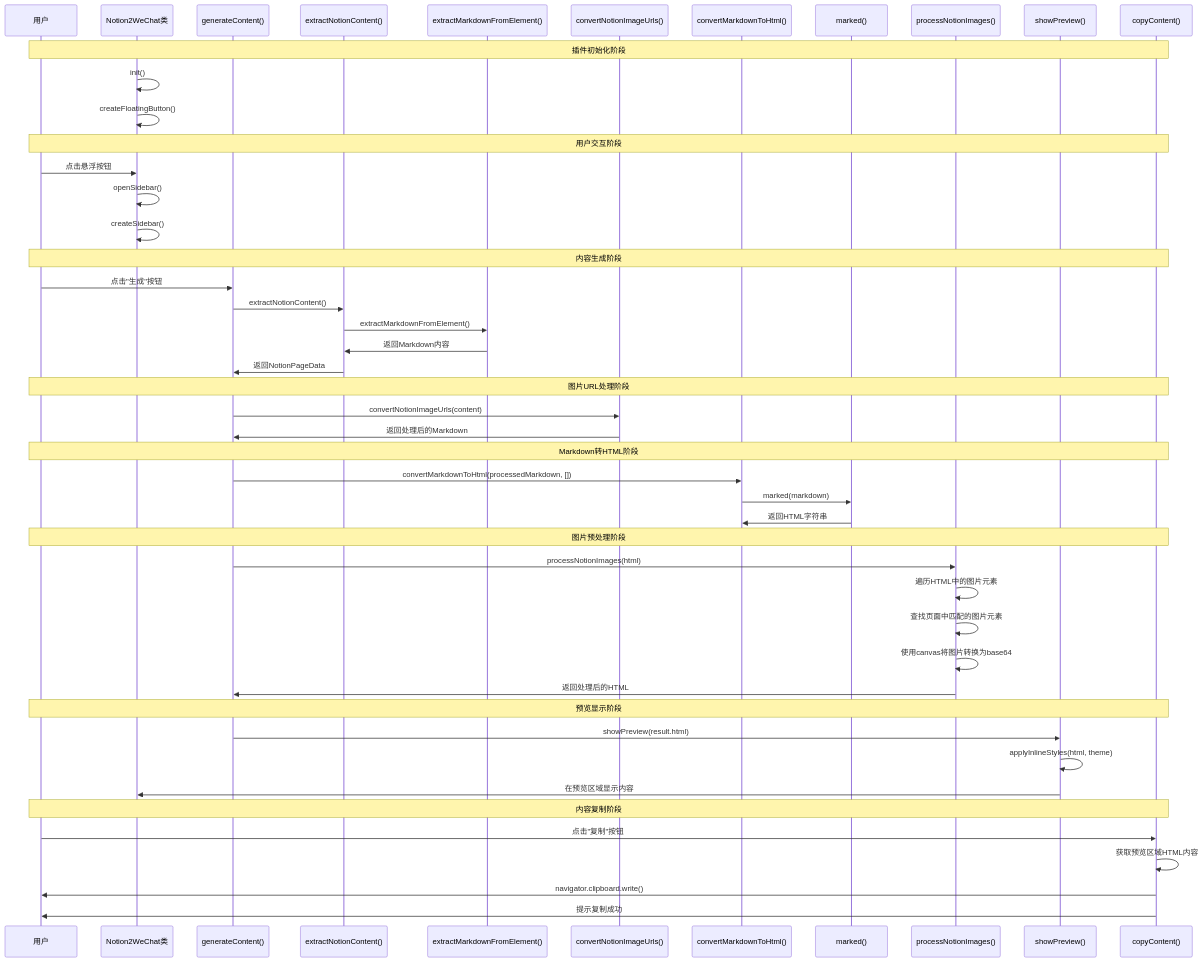
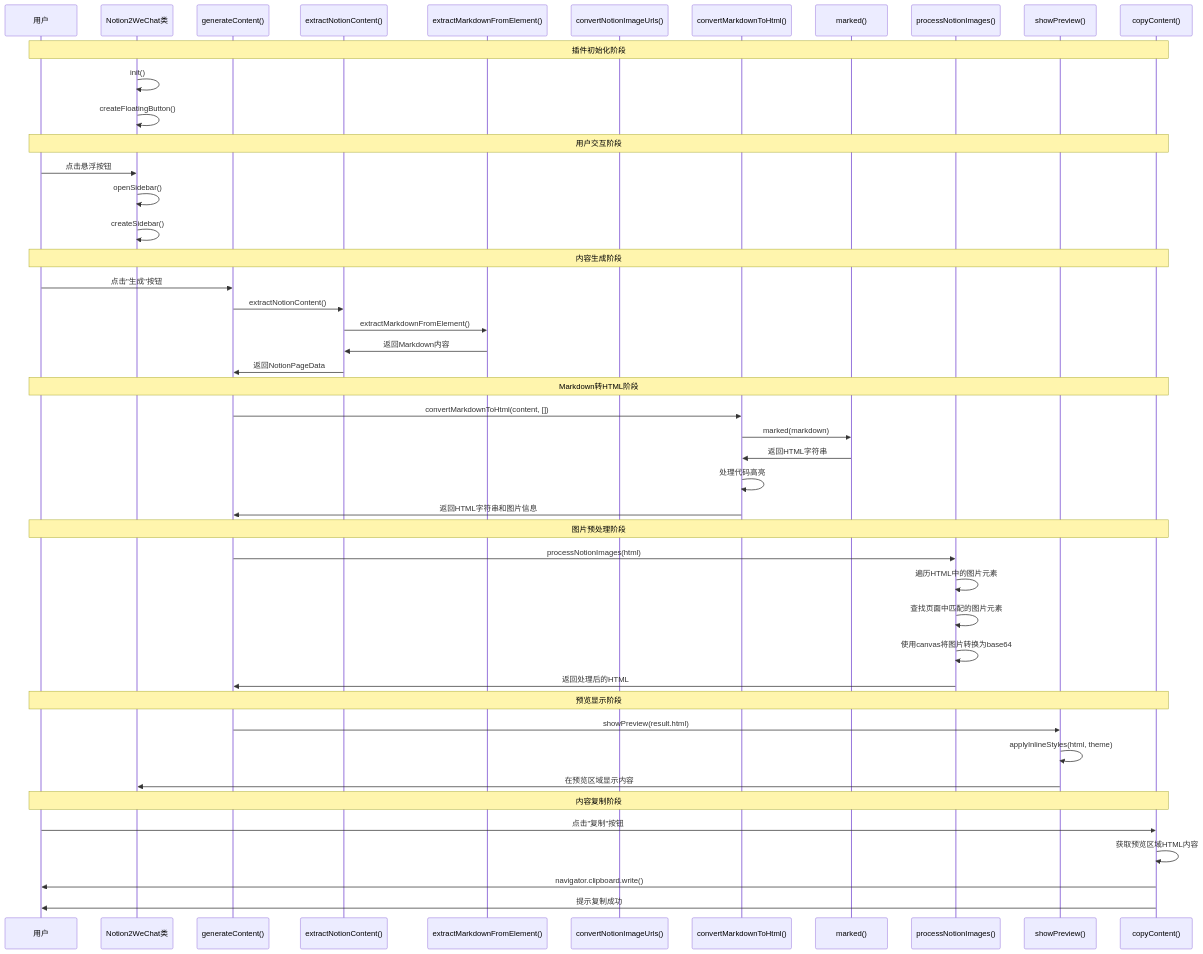
Before and after one commit to nmvr2600/notion2wechat: the second of 2 diagrams in workflow-diagram.md, drawn with Mermaid. The commit also changed other lines of this file, not shown here.

Commit message:
refactor(workflow): 优化图片处理流程并更新工作流程图

````diff
--- a/workflow-diagram.md
+++ b/workflow-diagram.md
@@ -41,58 +40,56 @@
 ```mermaid
 sequenceDiagram
     participant User as 用户
     participant Notion2WeChat as Notion2WeChat类
     participant generateContent as generateContent()
     participant extractNotionContent as extractNotionContent()
     participant extractMarkdownFromElement as extractMarkdownFromElement()
     participant convertNotionImageUrls as convertNotionImageUrls()
     participant convertMarkdownToHtml as convertMarkdownToHtml()
     participant marked as marked()
     participant processNotionImages as processNotionImages()
     participant showPreview as showPreview()
     participant copyContent as copyContent()
     
     Note over User, copyContent: 插件初始化阶段
     Notion2WeChat->>Notion2WeChat: init()
     Notion2WeChat->>Notion2WeChat: createFloatingButton()
     
     Note over User, copyContent: 用户交互阶段
     User->>Notion2WeChat: 点击悬浮按钮
     Notion2WeChat->>Notion2WeChat: openSidebar()
     Notion2WeChat->>Notion2WeChat: createSidebar()
     
     Note over User, copyContent: 内容生成阶段
     User->>generateContent: 点击"生成"按钮
     generateContent->>extractNotionContent: extractNotionContent()
     extractNotionContent->>extractMarkdownFromElement: extractMarkdownFromElement()
     extractMarkdownFromElement->>extractNotionContent: 返回Markdown内容
     
     extractNotionContent->>generateContent: 返回NotionPageData
     
-    Note over User, copyContent: 图片URL处理阶段
-    generateContent->>convertNotionImageUrls: convertNotionImageUrls(content)
-    convertNotionImageUrls->>generateContent: 返回处理后的Markdown
-    
     Note over User, copyContent: Markdown转HTML阶段
-    generateContent->>convertMarkdownToHtml: convertMarkdownToHtml(processedMarkdown, [])
+    generateContent->>convertMarkdownToHtml: convertMarkdownToHtml(content, [])
     convertMarkdownToHtml->>marked: marked(markdown)
     marked->>convertMarkdownToHtml: 返回HTML字符串
+    convertMarkdownToHtml->>convertMarkdownToHtml: 处理代码高亮
+    convertMarkdownToHtml->>generateContent: 返回HTML字符串和图片信息
     
     Note over User, copyContent: 图片预处理阶段
     generateContent->>processNotionImages: processNotionImages(html)
     processNotionImages->>processNotionImages: 遍历HTML中的图片元素
     processNotionImages->>processNotionImages: 查找页面中匹配的图片元素
     processNotionImages->>processNotionImages: 使用canvas将图片转换为base64
     processNotionImages->>generateContent: 返回处理后的HTML
     
     Note over User, copyContent: 预览显示阶段
     generateContent->>showPreview: showPreview(result.html)
     showPreview->>showPreview: applyInlineStyles(html, theme)
     showPreview->>Notion2WeChat: 在预览区域显示内容
     
     Note over User, copyContent: 内容复制阶段
     User->>copyContent: 点击"复制"按钮
     copyContent->>copyContent: 获取预览区域HTML内容
     copyContent->>User: navigator.clipboard.write()
     copyContent->>User: 提示复制成功
 ```
````
